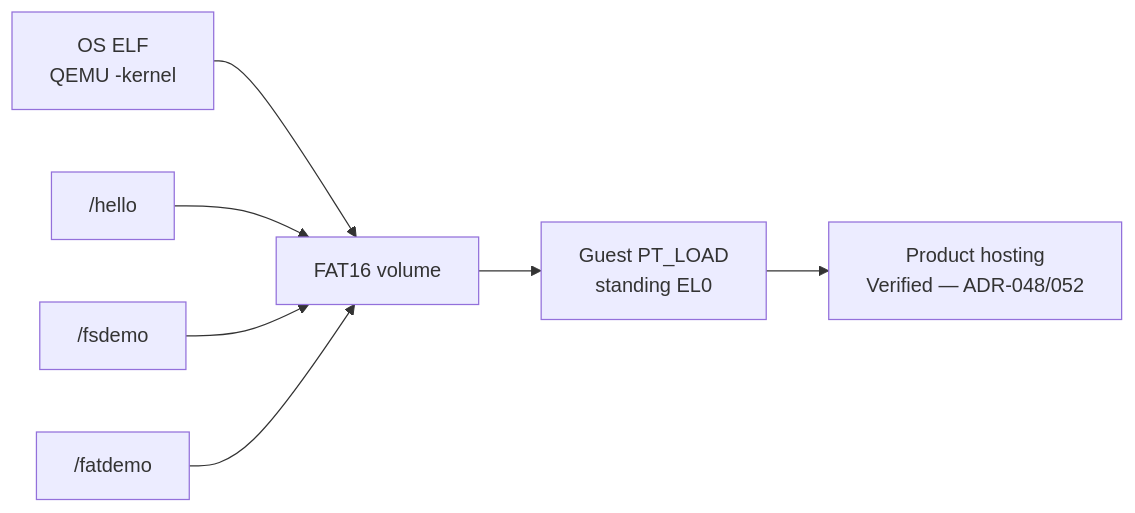
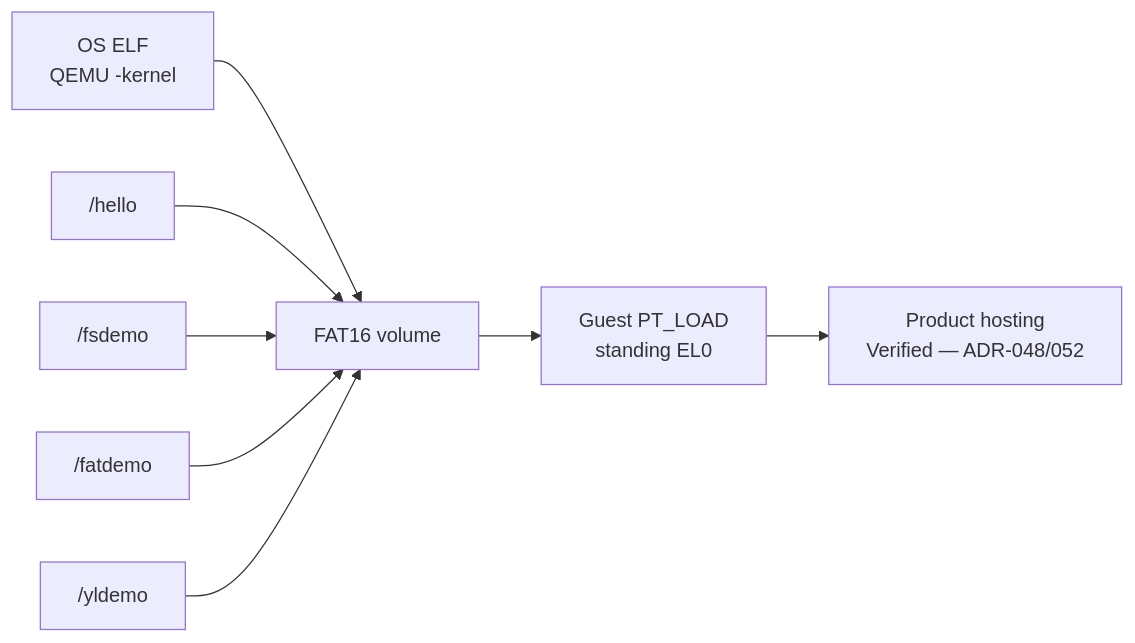
One commit to artofdream/ctos changed the first of 2 diagrams in docs/overview/hosting-apps.md. Above: the diagram before and after it, drawn with Mermaid. The commit also changed other lines of this file and 26 other files, not shown here.

````diff
--- a/docs/overview/hosting-apps.md
+++ b/docs/overview/hosting-apps.md
@@ -15,9 +15,10 @@
 ```mermaid
 flowchart LR
   OS["OS ELF<br/>QEMU -kernel"] --> FAT["FAT16 volume"]
   H["/hello"] --> FAT
   F["/fsdemo"] --> FAT
   D["/fatdemo"] --> FAT
+  Y["/yldemo"] --> FAT
   FAT --> LOAD["Guest PT_LOAD<br/>standing EL0"]
   LOAD --> CLAIM["Product hosting<br/>Verified — ADR-048/052"]
 ```
````
